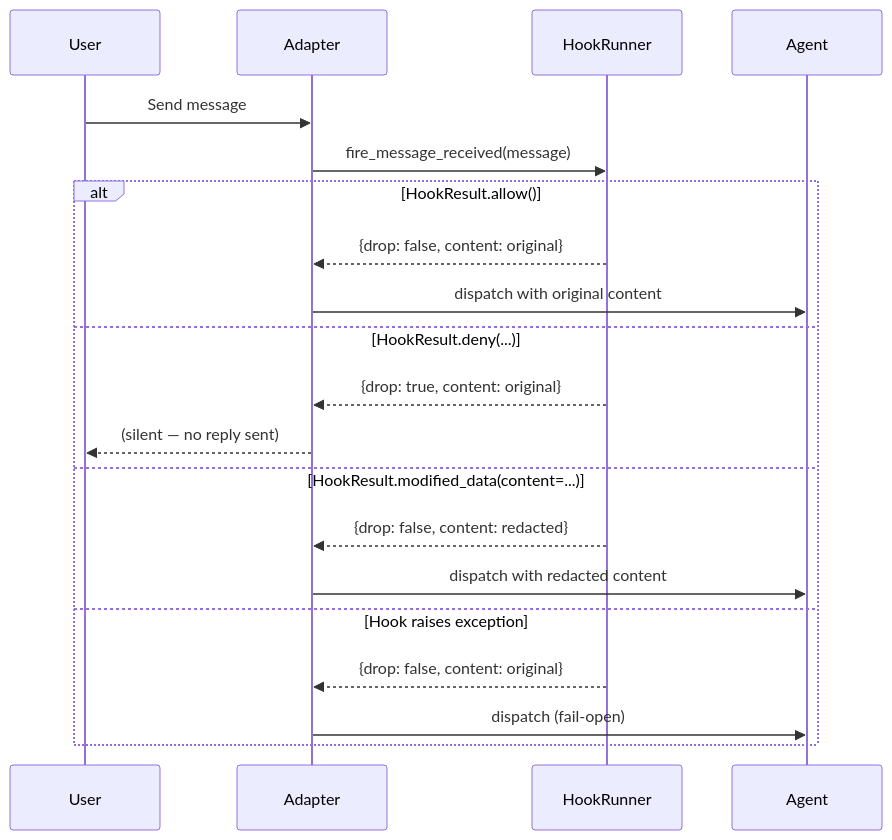
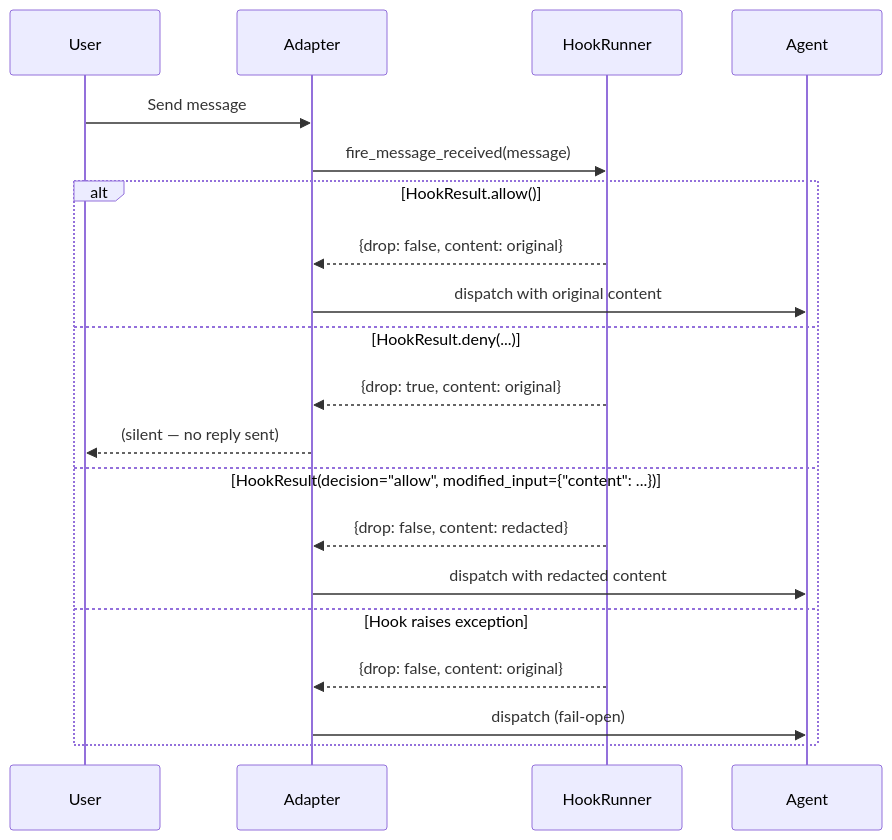
Before and after one commit to MervinPraison/PraisonAIDocs: the second of 2 diagrams in docs/features/inbound-message-gate.mdx, drawn with Mermaid. The commit also changed other lines of this file, not shown here.

First line of the commit message:
fix(docs): replace non-existent HookResult.modified_data() with correct SDK API

````diff
--- a/docs/features/inbound-message-gate.mdx
+++ b/docs/features/inbound-message-gate.mdx
@@ -101,23 +101,23 @@
 ```mermaid
 sequenceDiagram
     participant User
     participant Adapter
     participant HookRunner
     participant Agent
 
     User->>Adapter: Send message
     Adapter->>HookRunner: fire_message_received(message)
     alt HookResult.allow()
         HookRunner-->>Adapter: {drop: false, content: original}
         Adapter->>Agent: dispatch with original content
     else HookResult.deny(...)
         HookRunner-->>Adapter: {drop: true, content: original}
         Adapter-->>User: (silent — no reply sent)
-    else HookResult.modified_data(content=...)
+    else HookResult(decision="allow", modified_input={"content": ...})
         HookRunner-->>Adapter: {drop: false, content: redacted}
         Adapter->>Agent: dispatch with redacted content
     else Hook raises exception
         HookRunner-->>Adapter: {drop: false, content: original}
         Adapter->>Agent: dispatch (fail-open)
     end
 ```
````
